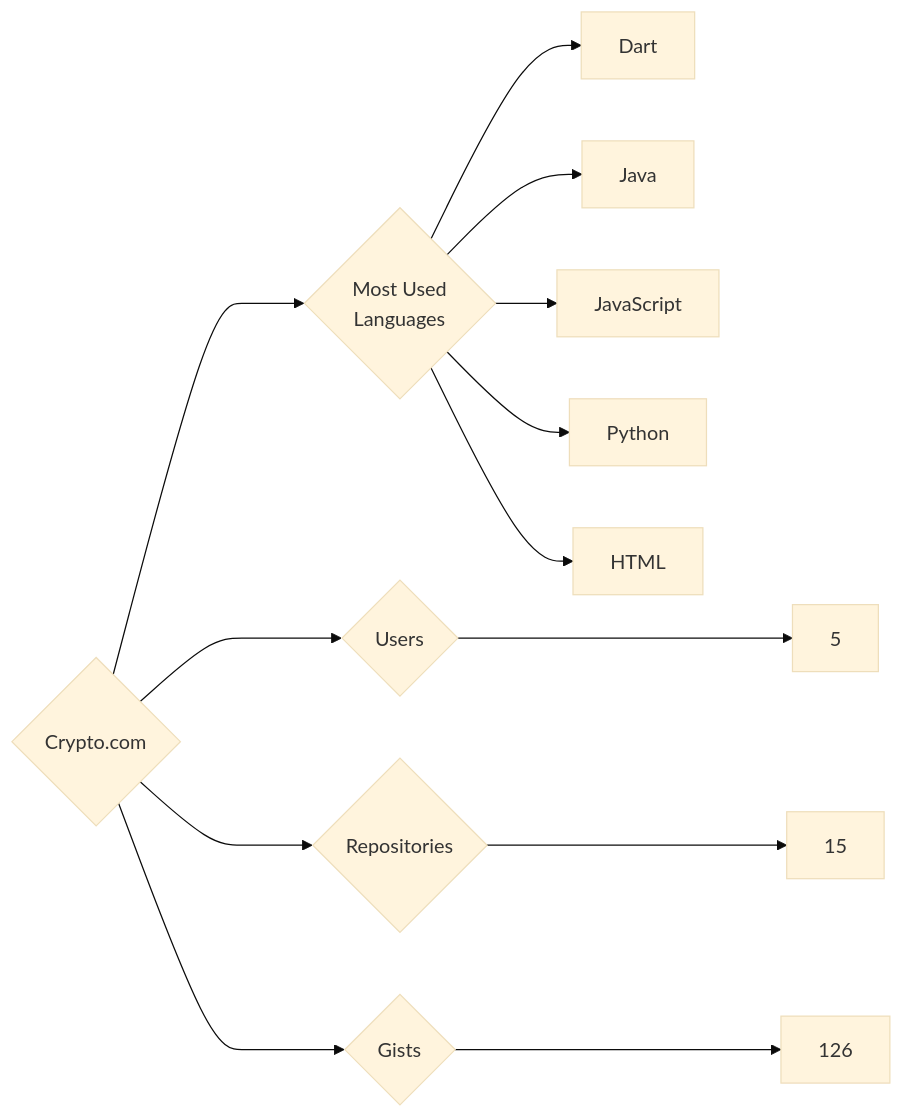
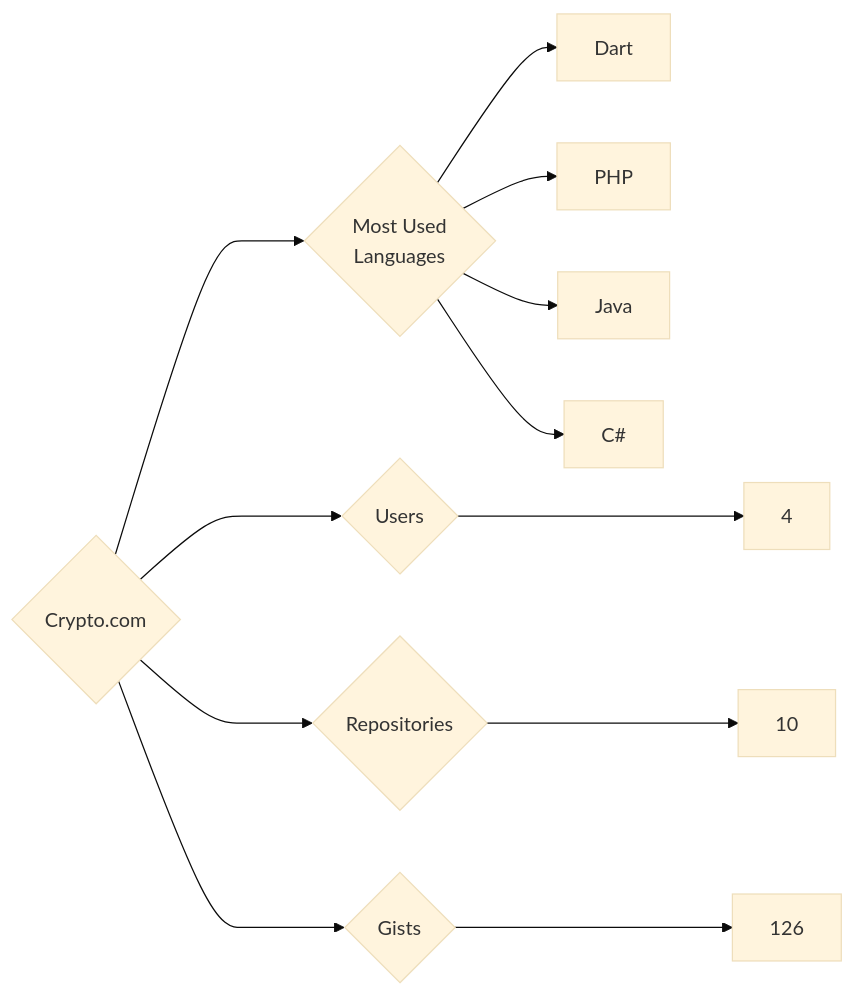
One commit to trickest/insiders changed the diagram in targets/Crypto.com/README.md. Above: the diagram before and after it, drawn with Mermaid (base theme). The commit also changed 1023 other files, not shown here.

````diff
--- a/targets/Crypto.com/README.md
+++ b/targets/Crypto.com/README.md
@@ -3,13 +3,12 @@
 ```mermaid
 graph LR
 COMPANY_NAME{Crypto.com}
-COMPANY_NAME ---> U{Users} ---> UN[5]
-COMPANY_NAME ---> R{Repositories} ---> RN[15]
+COMPANY_NAME ---> U{Users} ---> UN[4]
+COMPANY_NAME ---> R{Repositories} ---> RN[10]
 COMPANY_NAME ---> G{Gists} ---> GN[126]
 COMPANY_NAME ---> ML{Most Used<br>Languages}
 ML --> Dart[Dart]
+ML --> PHP[PHP]
 ML --> Java[Java]
-ML --> JavaScript[JavaScript]
-ML --> Python[Python]
-ML --> HTML[HTML]
+ML --> C#[C#]
 ```
````
